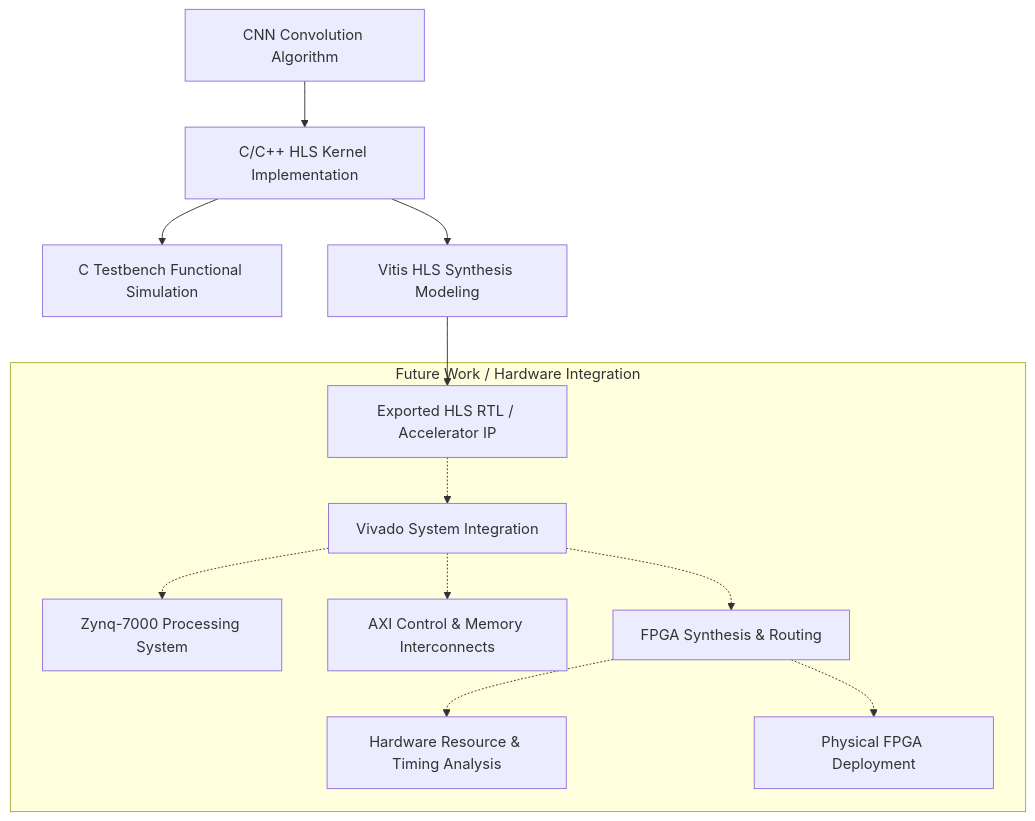
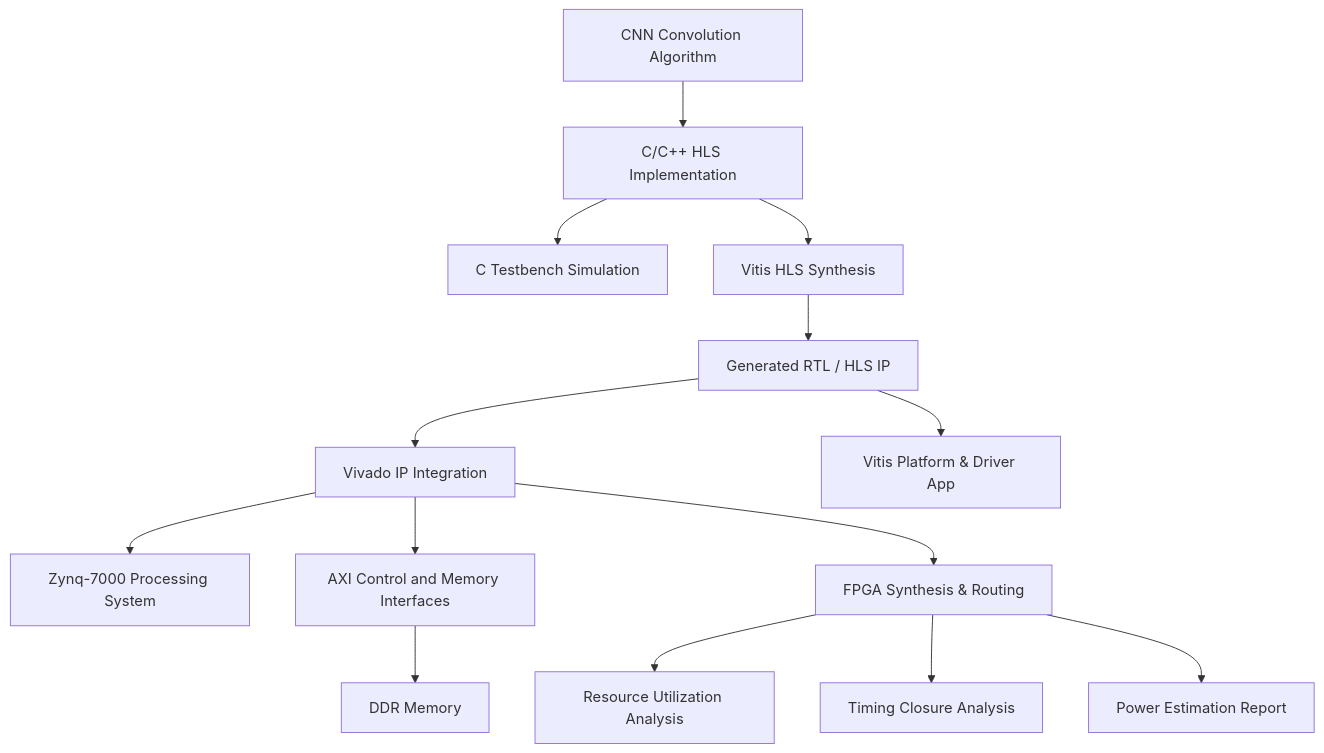
The diagram in README.md (Chinmayanand03/CNN-ACCELERTAOR), drawn with Mermaid before and after one commit. The commit also changed other lines of this file, not shown here.

Commit message:
Restore empirical result tables for resource utilization, timing closure, and power analysis in README.md

````diff
--- a/README.md
+++ b/README.md
@@ -78,16 +84,16 @@
 ```mermaid
 flowchart TD
-    A[CNN Convolution Algorithm] --> B[C/C++ HLS Kernel Implementation]
-    B --> C[C Testbench Functional Simulation]
-    B --> D[Vitis HLS Synthesis Modeling]
-    D --> E[Exported HLS RTL / Accelerator IP]
-    
-    subgraph Future Work / Hardware Integration
-        E -.-> F[Vivado System Integration]
-        F -.-> G[Zynq-7000 Processing System]
-        F -.-> H[AXI Control & Memory Interconnects]
-        F -.-> I[FPGA Synthesis & Routing]
-        I -.-> J[Hardware Resource & Timing Analysis]
-        I -.-> K[Physical FPGA Deployment]
-    end
+    A[CNN Convolution Algorithm] --> B[C/C++ HLS Implementation]
+    B --> C[C Testbench Simulation]
+    B --> D[Vitis HLS Synthesis]
+    D --> E[Generated RTL / HLS IP]
+    E --> F[Vivado IP Integration]
+    F --> G[Zynq-7000 Processing System]
+    F --> H[AXI Control and Memory Interfaces]
+    H --> I[DDR Memory]
+    F --> J[FPGA Synthesis & Routing]
+    J --> K[Resource Utilization Analysis]
+    J --> L[Timing Closure Analysis]
+    J --> M[Power Estimation Report]
+    E --> N[Vitis Platform & Driver App]
 ```
````
